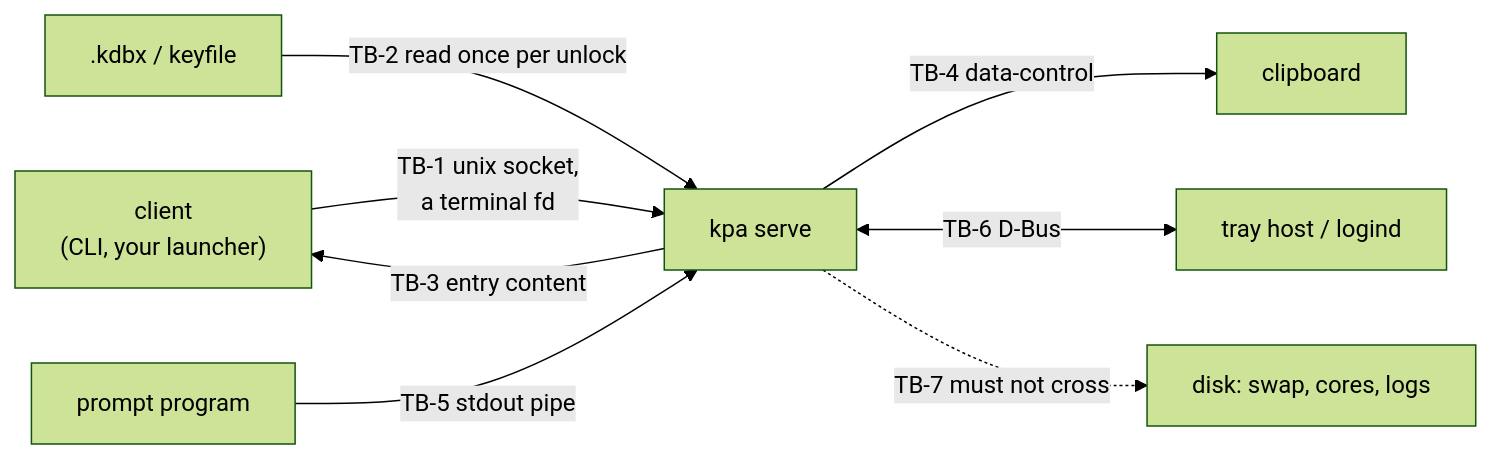
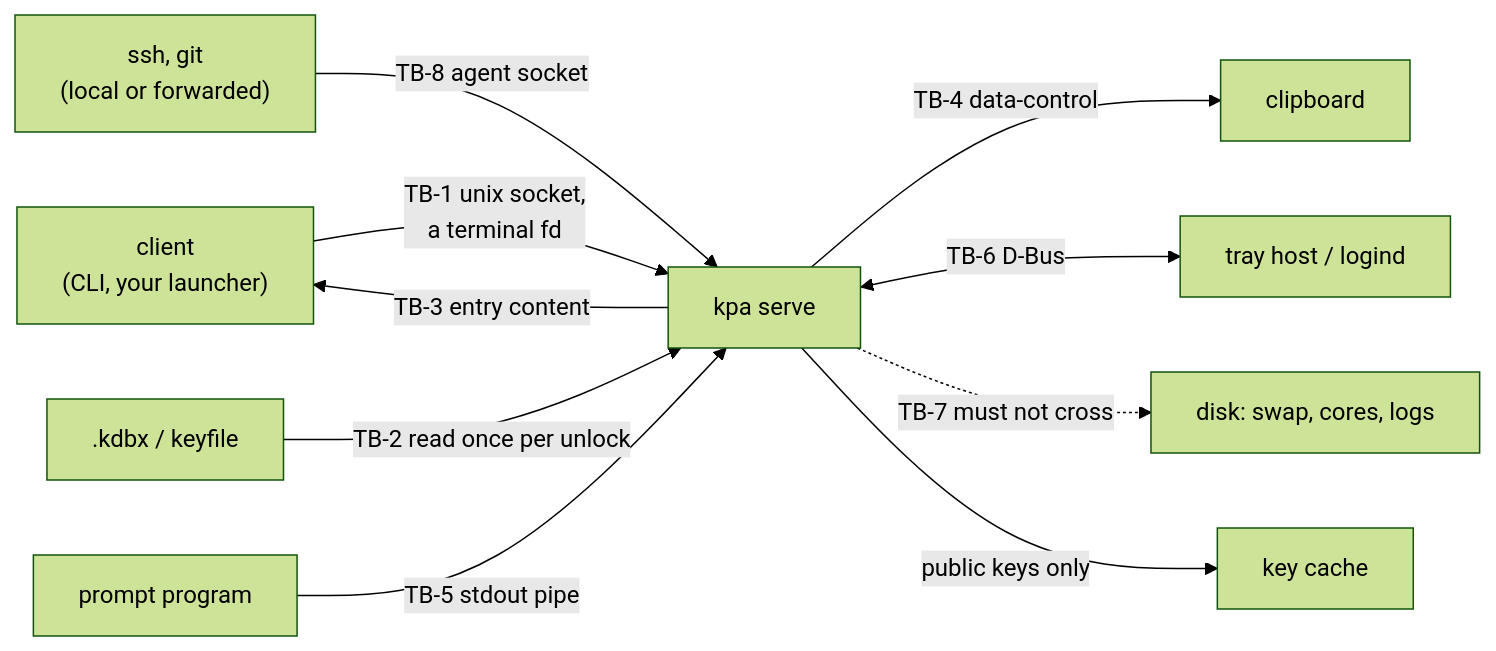
Before and after one commit to n6g7/kpa: the diagram in docs/threat-model.md, drawn with Mermaid (forest theme). The commit also changed other lines of this file and 33 other files, not shown here.

````diff
--- a/docs/threat-model.md
+++ b/docs/threat-model.md
@@ -28,10 +36,12 @@
 ```mermaid
 graph LR
     client["client<br/>(CLI, your launcher)"] -->|"TB-1 unix socket,<br/>a terminal fd"| serve["kpa serve"]
+    ssh["ssh, git<br/>(local or forwarded)"] -->|"TB-8 agent socket"| serve
     file[".kdbx / keyfile"] -->|"TB-2 read once per unlock"| serve
     prompt["prompt program"] -->|"TB-5 stdout pipe"| serve
     serve -->|"TB-4 data-control"| clip["clipboard"]
     serve <-->|"TB-6 D-Bus"| bus["tray host / logind"]
     serve -.->|"TB-7 must not cross"| disk["disk: swap, cores, logs"]
+    serve -->|"public keys only"| cache["key cache"]
     serve -->|"TB-3 entry content"| client
 ```
````
